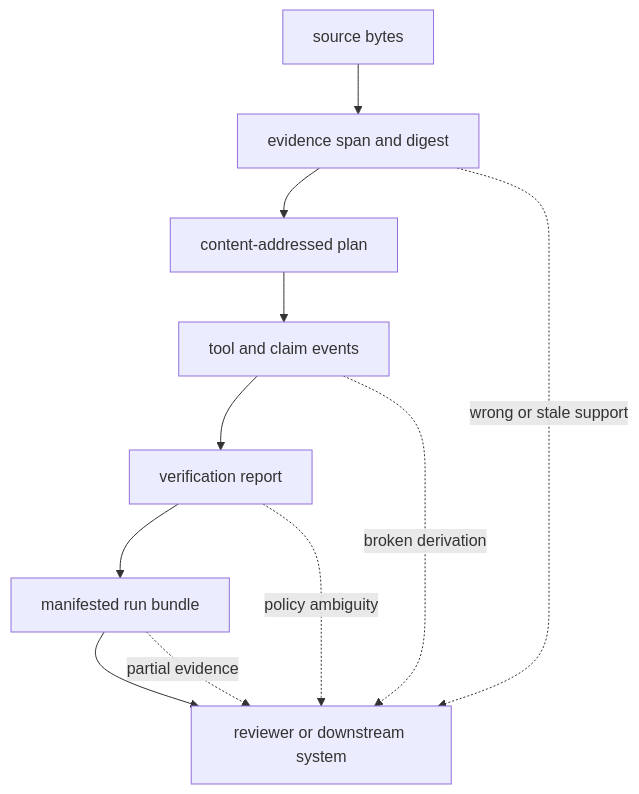
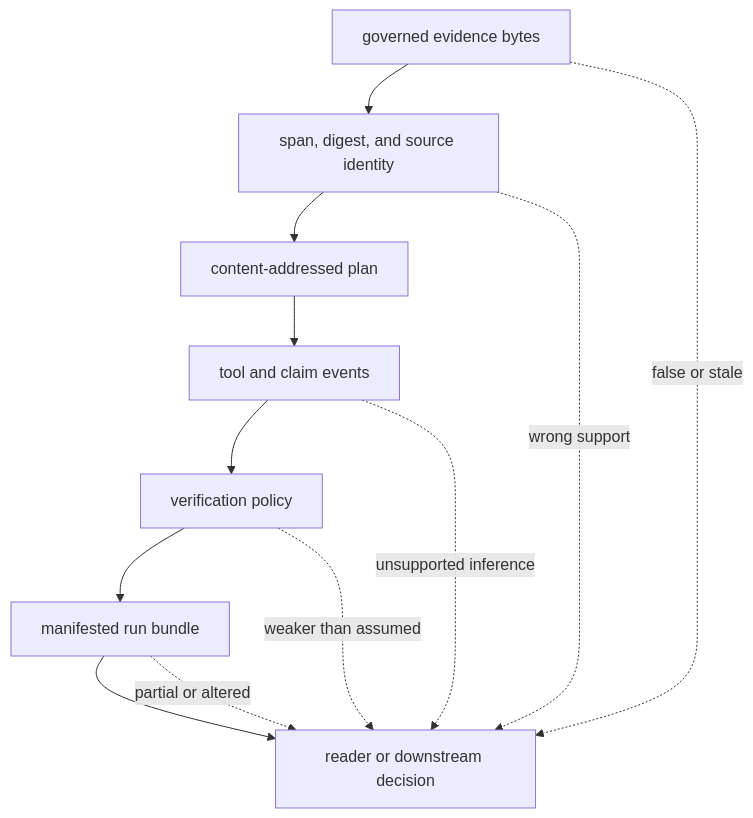
The first of 2 diagrams in docs/04-bijux-canon-reason/quality/risk-register.md (bijux/bijux-canon), drawn with Mermaid before and after one commit. The commit also changed other lines of this file and 1 other file, not shown here.

Commit message:
docs(reason): define evidence limits and risks

````diff
--- a/docs/04-bijux-canon-reason/quality/risk-register.md
+++ b/docs/04-bijux-canon-reason/quality/risk-register.md
@@ -19,16 +20,15 @@
 ```mermaid
 flowchart TD
-    source["source bytes"]
-    span["evidence span and digest"]
-    plan["content-addressed plan"]
-    events["tool and claim events"]
-    report["verification report"]
-    bundle["manifested run bundle"]
-    reader["reviewer or downstream system"]
+    bytes["governed evidence bytes"] --> span["span, digest, and source identity"]
+    span --> plan["content-addressed plan"]
+    plan --> events["tool and claim events"]
+    events --> policy["verification policy"]
+    policy --> bundle["manifested run bundle"]
+    bundle --> reader["reader or downstream decision"]
 
-    source --> span --> plan --> events --> report --> bundle --> reader
-    span -. "wrong or stale support" .-> reader
-    events -. "broken derivation" .-> reader
-    report -. "policy ambiguity" .-> reader
-    bundle -. "partial evidence" .-> reader
+    bytes -. "false or stale" .-> reader
+    span -. "wrong support" .-> reader
+    events -. "unsupported inference" .-> reader
+    policy -. "weaker than assumed" .-> reader
+    bundle -. "partial or altered" .-> reader
 ```
````
